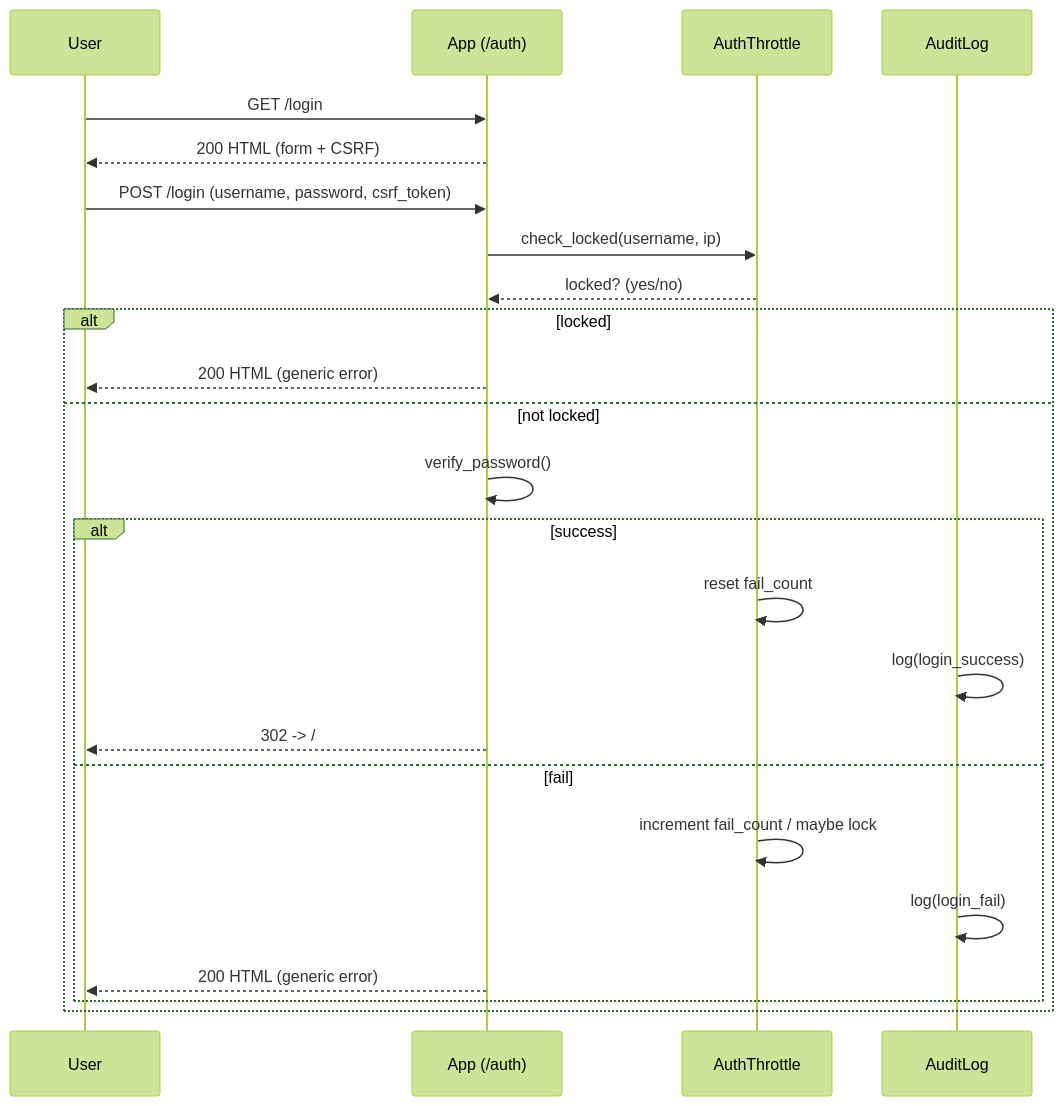
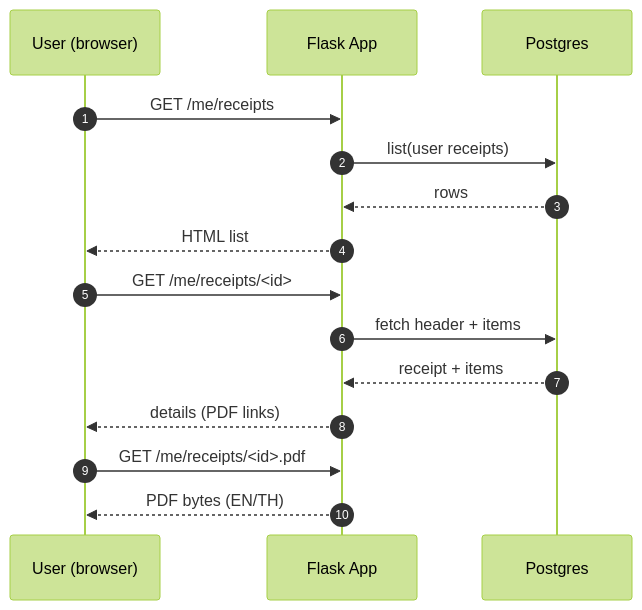
Before and after one commit to Purinat33/hpc_flask: the second of 3 diagrams in docs/05-flows.md, drawn with Mermaid (forest theme). The commit also changed other lines of this file and 5 other files, not shown here.

````diff
--- a/docs/05-flows.md
+++ b/docs/05-flows.md
@@ -17,29 +32,18 @@
 ```mermaid
 sequenceDiagram
-  participant U as User
-  participant App as App (/auth)
-  participant TH as AuthThrottle
-  participant AUD as AuditLog
+  autonumber
+  participant U as User (browser)
+  participant App as Flask App
+  participant DB as Postgres
 
-  U->>App: GET /login
-  App-->>U: 200 HTML (form + CSRF)
-
-  U->>App: POST /login (username, password, csrf_token)
-  App->>TH: check_locked(username, ip)
-  TH-->>App: locked? (yes/no)
-
-  alt locked
-    App-->>U: 200 HTML (generic error)
-  else not locked
-    App->>App: verify_password()
-    alt success
-      TH->>TH: reset fail_count
-      AUD->>AUD: log(login_success)
-      App-->>U: 302 -> /
-    else fail
-      TH->>TH: increment fail_count / maybe lock
-      AUD->>AUD: log(login_fail)
-      App-->>U: 200 HTML (generic error)
-    end
-  end
+  U->>App: GET /me/receipts
+  App->>DB: list(user receipts)
+  DB-->>App: rows
+  App-->>U: HTML list
+  U->>App: GET /me/receipts/<id>
+  App->>DB: fetch header + items
+  DB-->>App: receipt + items
+  App-->>U: details (PDF links)
+  U->>App: GET /me/receipts/<id>.pdf
+  App-->>U: PDF bytes (EN/TH)
 ```
````
